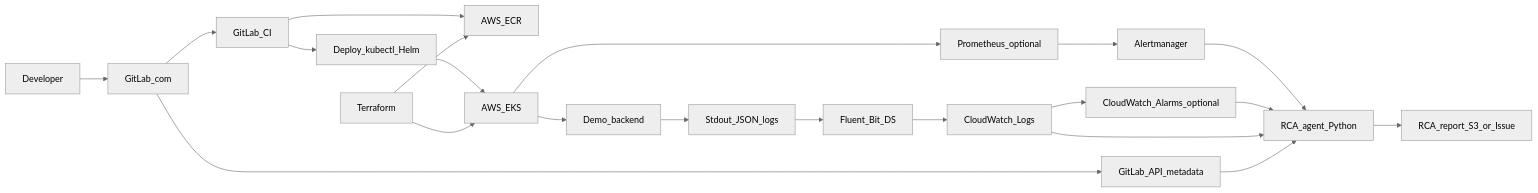
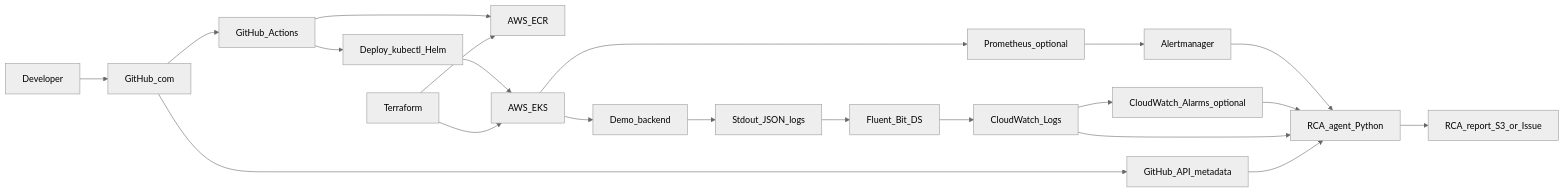
One commit to SoulAbhilash/Production_RCA changed the diagram in docs/RCA_POC_PLAYBOOK.md. Above: the diagram before and after it, drawn with Mermaid (neutral theme). The commit also changed other lines of this file and 48 other files, not shown here.

````diff
--- a/docs/RCA_POC_PLAYBOOK.md
+++ b/docs/RCA_POC_PLAYBOOK.md
@@ -70,23 +70,23 @@
 ```mermaid
 flowchart LR
-  dev[Developer] --> gitlab[GitLab_com]
-  gitlab --> ci[GitLab_CI]
+  dev[Developer] --> github[GitHub_com]
+  github --> ci[GitHub_Actions]
   ci --> ecr[AWS_ECR]
   ci --> deploy[Deploy_kubectl_Helm]
   deploy --> eks[AWS_EKS]
   tf[Terraform] --> eks
   tf --> ecr
   eks --> app[Demo_backend]
   app --> stdout[Stdout_JSON_logs]
   stdout --> fluent[Fluent_Bit_DS]
   fluent --> cw[CloudWatch_Logs]
   eks --> pm[Prometheus_optional]
   pm --> am[Alertmanager]
   cw --> alarms[CloudWatch_Alarms_optional]
   am --> agent[RCA_agent_Python]
   alarms --> agent
   cw --> agent
-  gitlab --> meta[GitLab_API_metadata]
+  github --> meta[GitHub_API_metadata]
   meta --> agent
   agent --> out[RCA_report_S3_or_Issue]
 ```
````
